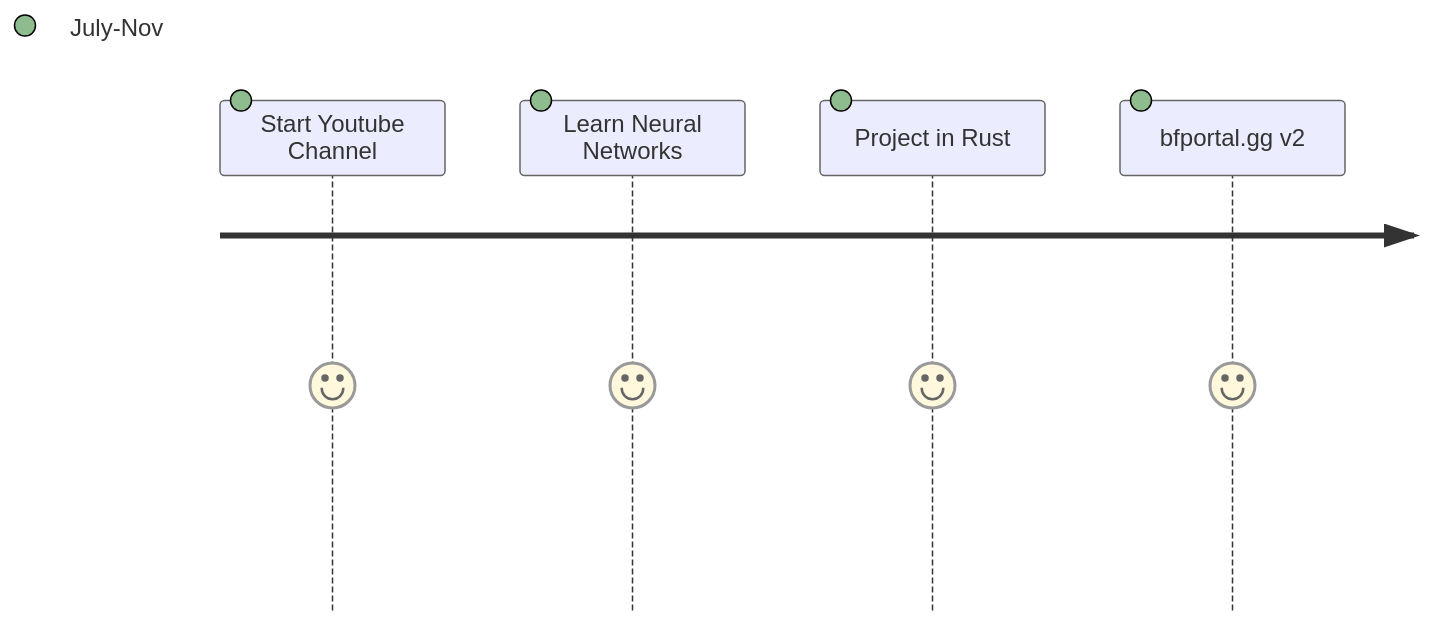
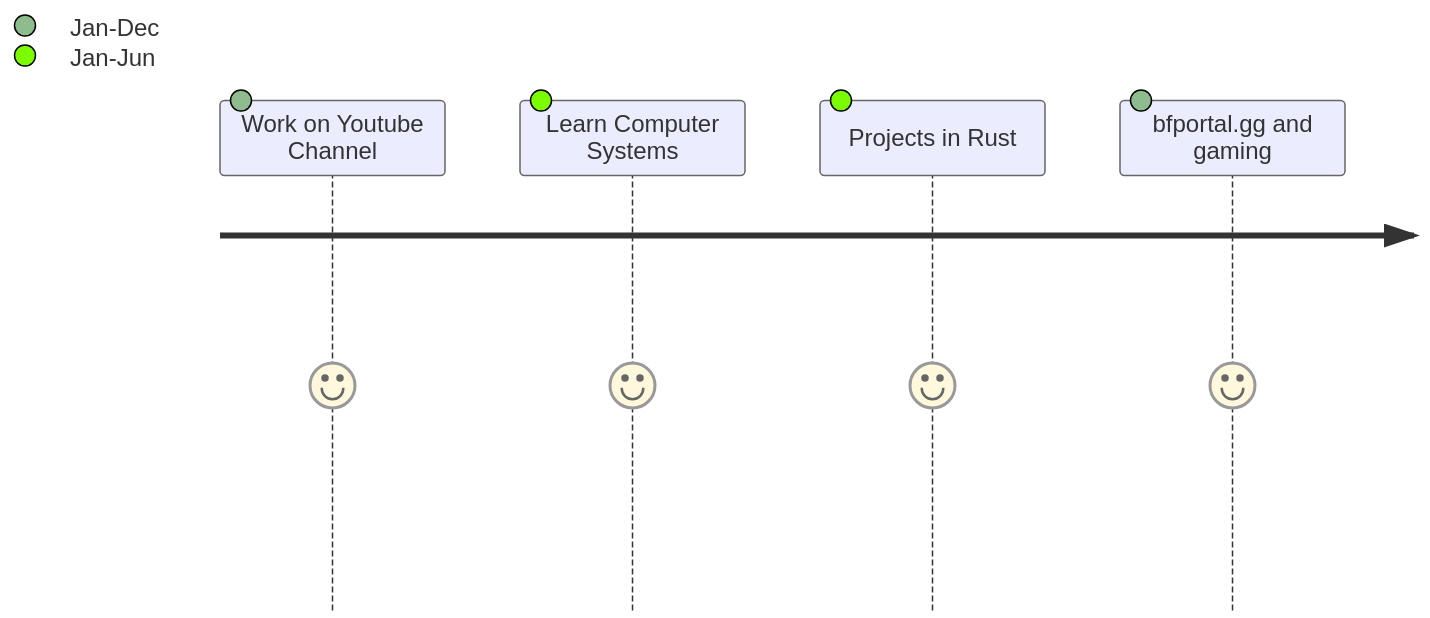
Before and after one commit to p0lygun/p0lygun: the second of 2 diagrams in README.md, drawn with Mermaid. The commit also changed other lines of this file, not shown here.

````diff
--- a/README.md
+++ b/README.md
@@ -44,7 +41,7 @@
 ```mermaid
 journey
-    Start Youtube Channel:5:July-Nov
-    Learn Neural Networks: 5:July-Nov
-    Project in Rust:5:July-Nov
-    bfportal.gg v2:5:July-Nov
+    Work on Youtube Channel:5:Jan-Dec
+    Learn Computer Systems: 5:Jan-Jun
+    Projects in Rust:5:Jan-Jun
+    bfportal.gg and gaming:5:Jan-Dec
 ```
````
